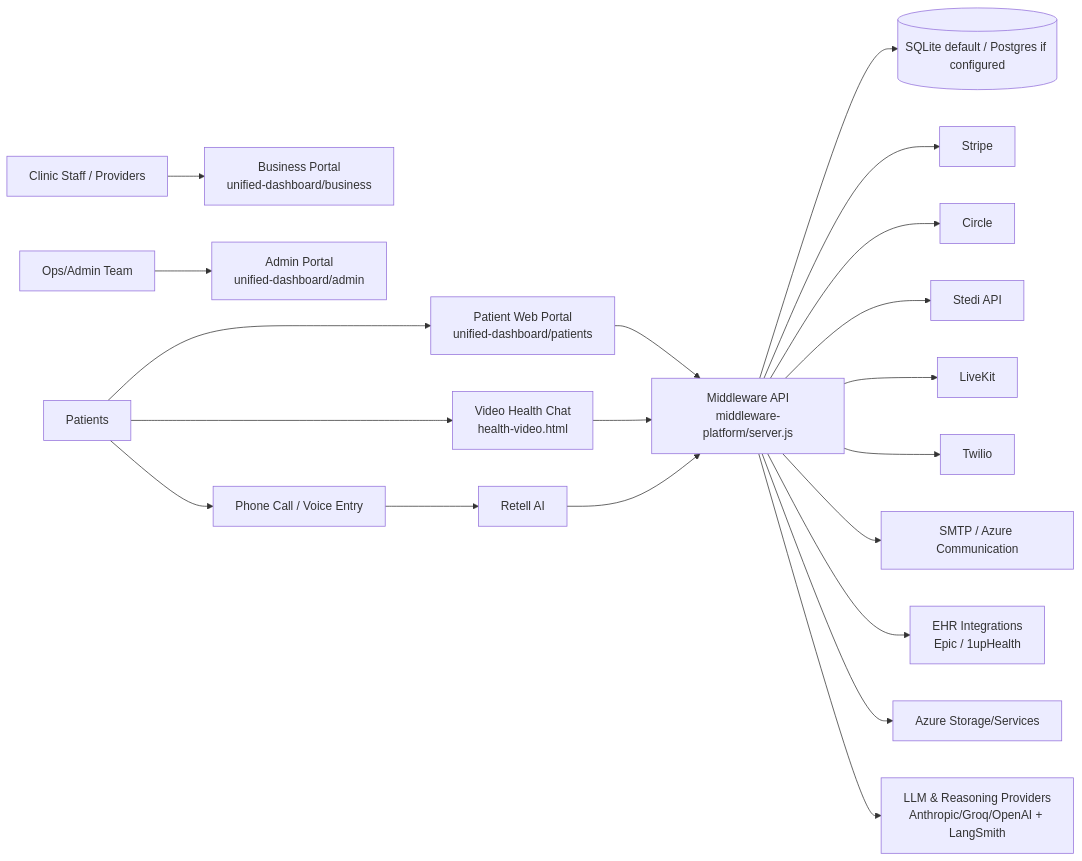
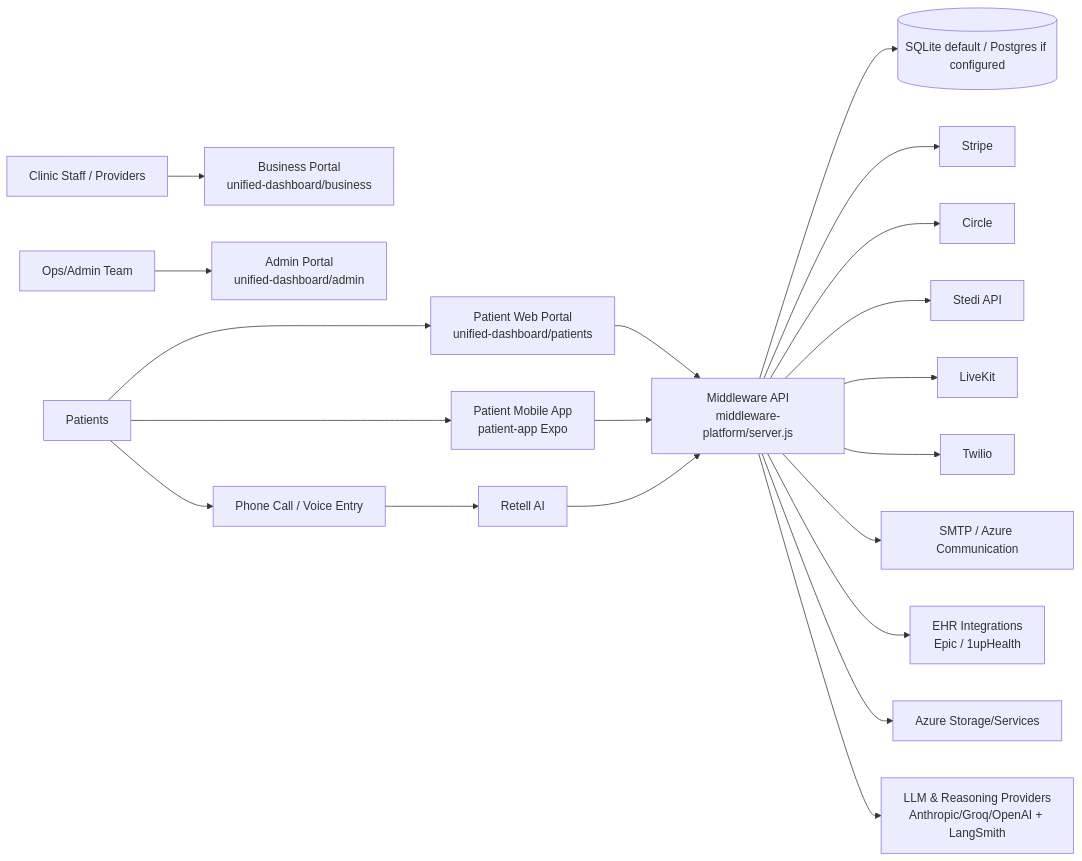
The second of 8 diagrams in docs/architecture/LIVE.md (thetradingdoc/somo-platform), drawn with Mermaid before and after one commit. The commit also changed other lines of this file and 414 other files, not shown here.

First line of the commit message:
Revert "feat(health-video): Kelly PA video sessions, landing UI, and platform cleanup"

````diff
--- a/docs/architecture/LIVE.md
+++ b/docs/architecture/LIVE.md
@@ -108,25 +108,25 @@
 ```mermaid
 flowchart LR
     P[Patients] --> WEB[Patient Web Portal<br/>unified-dashboard/patients]
-    P --> HEALTH[Video Health Chat<br/>health-video.html]
+    P --> APP[Patient Mobile App<br/>patient-app Expo]
     P --> VOICE[Phone Call / Voice Entry]
 
     CLINIC[Clinic Staff / Providers] --> BIZ[Business Portal<br/>unified-dashboard/business]
     OPS[Ops/Admin Team] --> ADMIN[Admin Portal<br/>unified-dashboard/admin]
 
     WEB --> API[Middleware API<br/>middleware-platform/server.js]
-    HEALTH --> API
+    APP --> API
     VOICE --> RETELL[Retell AI]
     RETELL --> API
 
     API --> DB[(SQLite default / Postgres if configured)]
     API --> STRIPE[Stripe]
     API --> CIRCLE[Circle]
     API --> STEDI[Stedi API]
     API --> LIVEKIT[LiveKit]
     API --> TWILIO[Twilio]
     API --> EMAIL[SMTP / Azure Communication]
     API --> EHR[EHR Integrations<br/>Epic / 1upHealth]
     API --> AZURE[Azure Storage/Services]
     API --> LLM[LLM & Reasoning Providers<br/>Anthropic/Groq/OpenAI + LangSmith]
 ```
````
